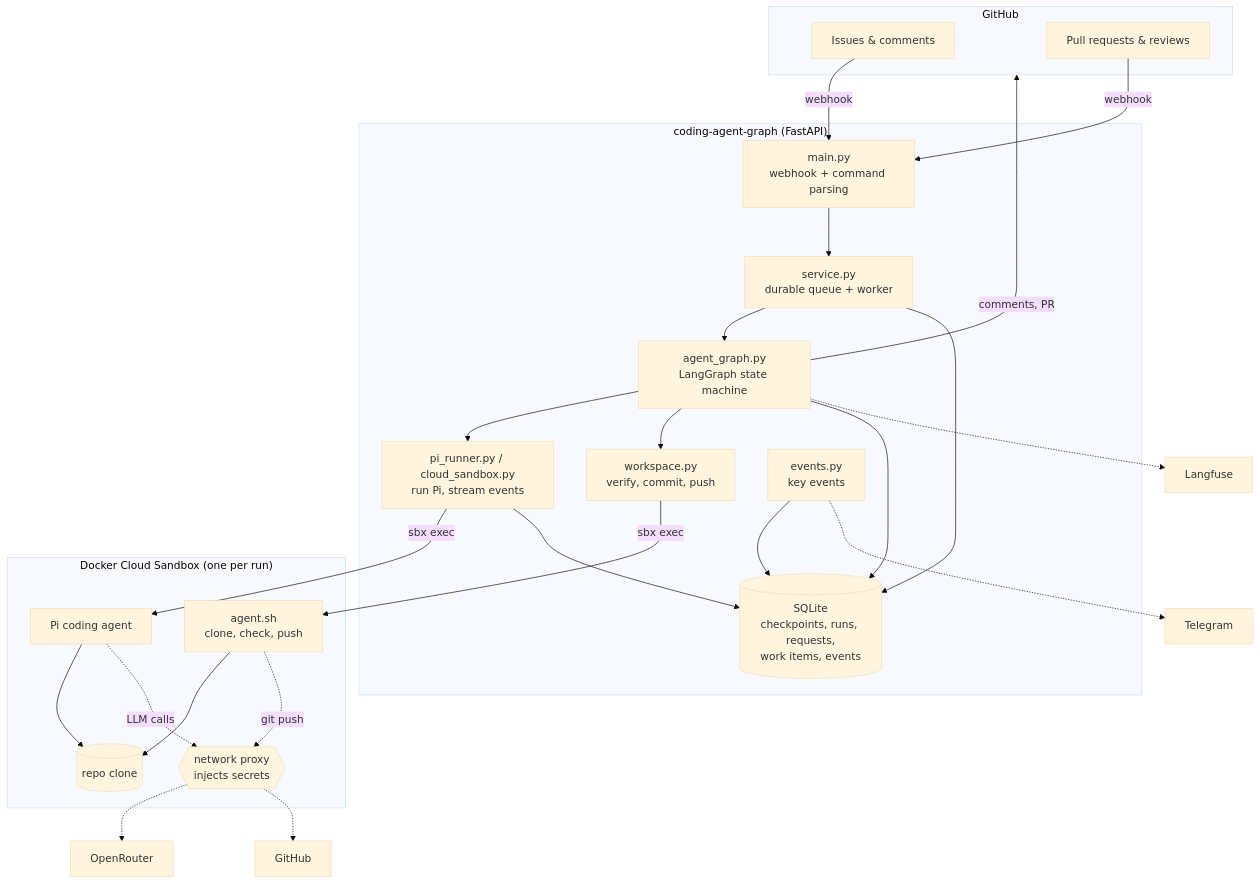
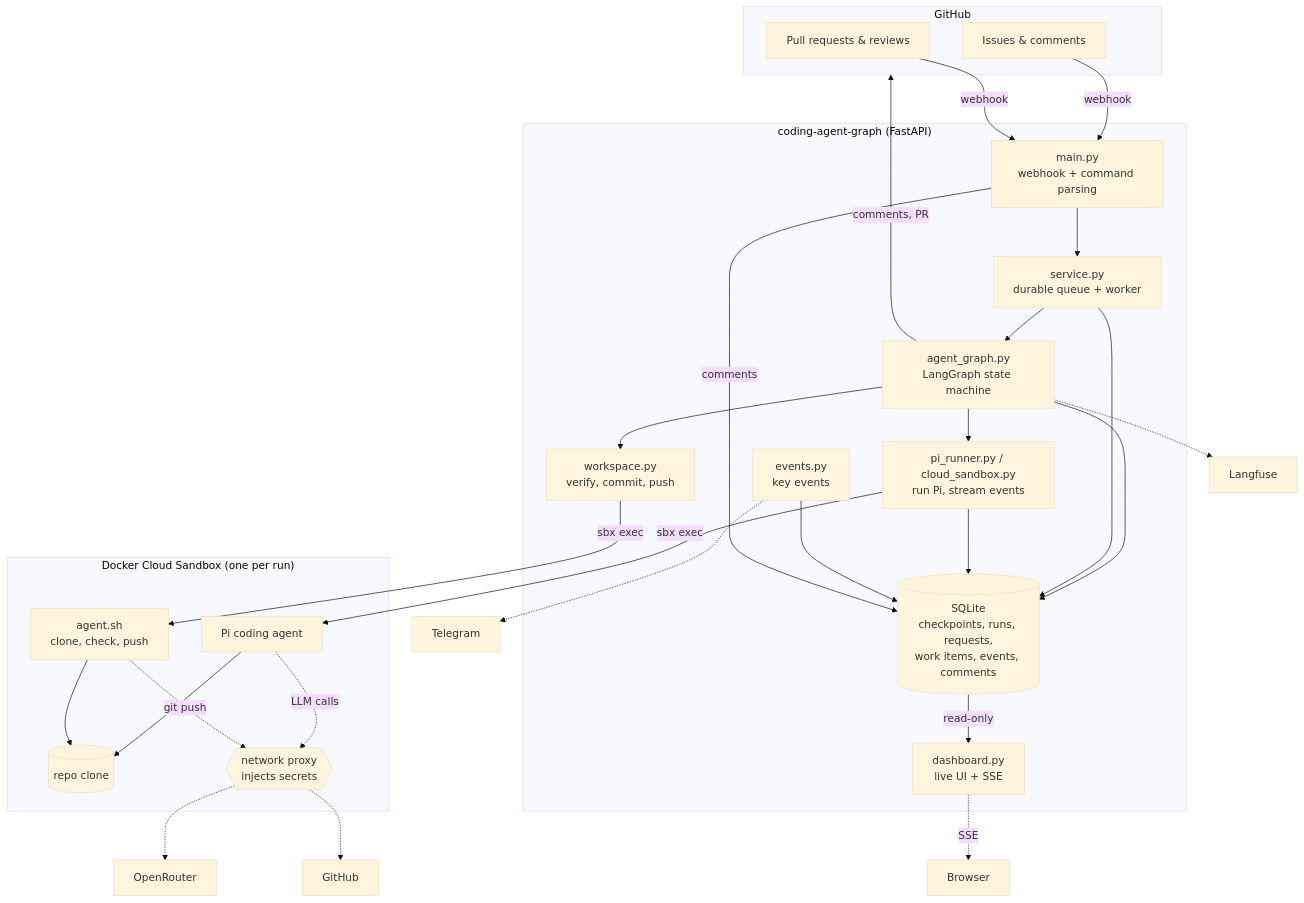
Before and after one commit to NetanelRotem/agent-demo-taskboard: the diagram in docs/03-architecture.md, drawn with Mermaid (base theme). The commit also changed other lines of this file and 28 other files, not shown here.

First line of the commit message:
Add live dashboard, review rounds, and complexity-based plan approval

````diff
--- a/docs/03-architecture.md
+++ b/docs/03-architecture.md
@@ -7,42 +7,46 @@
 ```mermaid
 flowchart TB
     subgraph GitHub
         IS[Issues & comments]
         PRs[Pull requests & reviews]
     end
 
     subgraph Server["coding-agent-graph (FastAPI)"]
         WH["main.py<br/>webhook + command parsing"]
         Q["service.py<br/>durable queue + worker"]
         G["agent_graph.py<br/>LangGraph state machine"]
         PR_["pi_runner.py / cloud_sandbox.py<br/>run Pi, stream events"]
         WS["workspace.py<br/>verify, commit, push"]
         EV["events.py<br/>key events"]
-        DB[("SQLite<br/>checkpoints, runs, requests,<br/>work items, events")]
+        DB[("SQLite<br/>checkpoints, runs, requests,<br/>work items, events, comments")]
+        DASH["dashboard.py<br/>live UI + SSE"]
     end
 
     subgraph Cloud["Docker Cloud Sandbox (one per run)"]
         SH["agent.sh<br/>clone, check, push"]
         PI["Pi coding agent"]
         REPO[(repo clone)]
         PX{{"network proxy<br/>injects secrets"}}
     end
 
     IS -- webhook --> WH
     PRs -- webhook --> WH
     WH --> Q --> G
     G --> PR_ & WS
     PR_ -- "sbx exec" --> PI
     WS -- "sbx exec" --> SH
     PI --> REPO
     SH --> REPO
     PI -. "LLM calls" .-> PX
     SH -. "git push" .-> PX
     PX -.-> OR[OpenRouter]
     PX -.-> GHAPI[GitHub]
     G -- "comments, PR" --> GitHub
     G & Q & PR_ --> DB
     EV --> DB
     EV -.-> TG[Telegram]
     G -.-> LF[Langfuse]
+    WH -- "comments" --> DB
+    DB -- "read-only" --> DASH
+    DASH -. "SSE" .-> BR[Browser]
 ```
````
